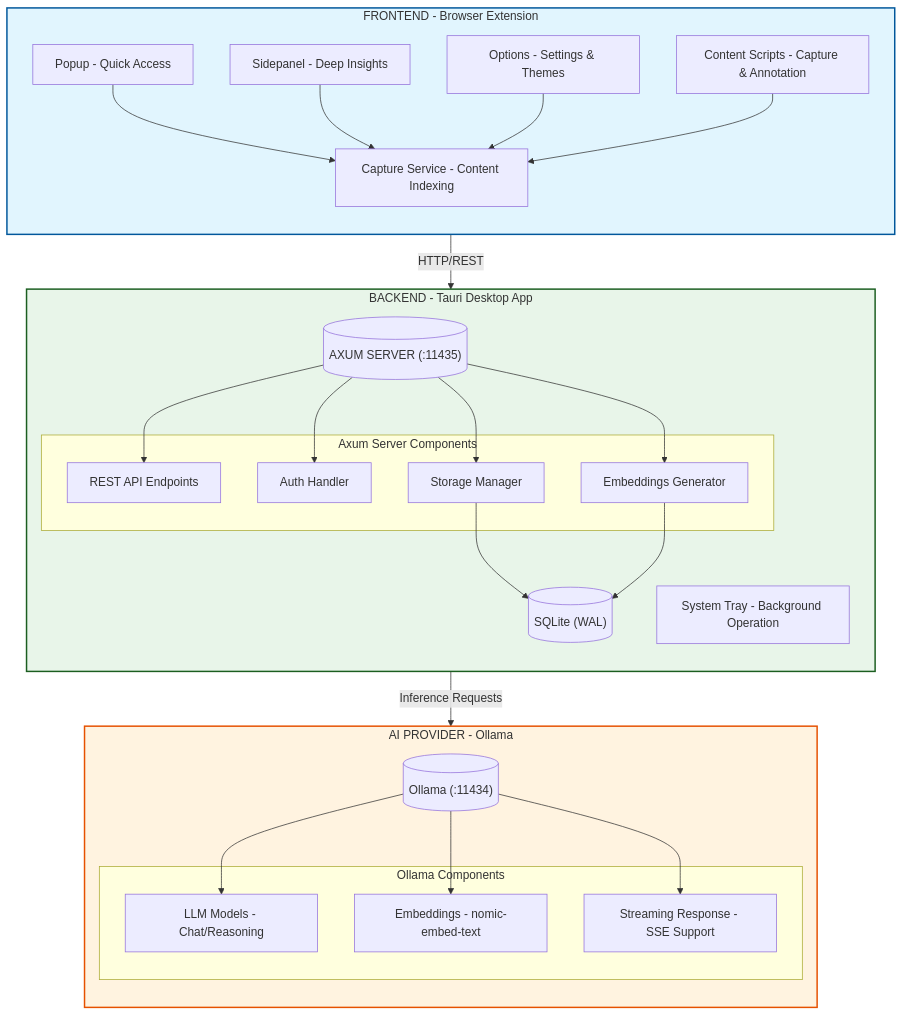
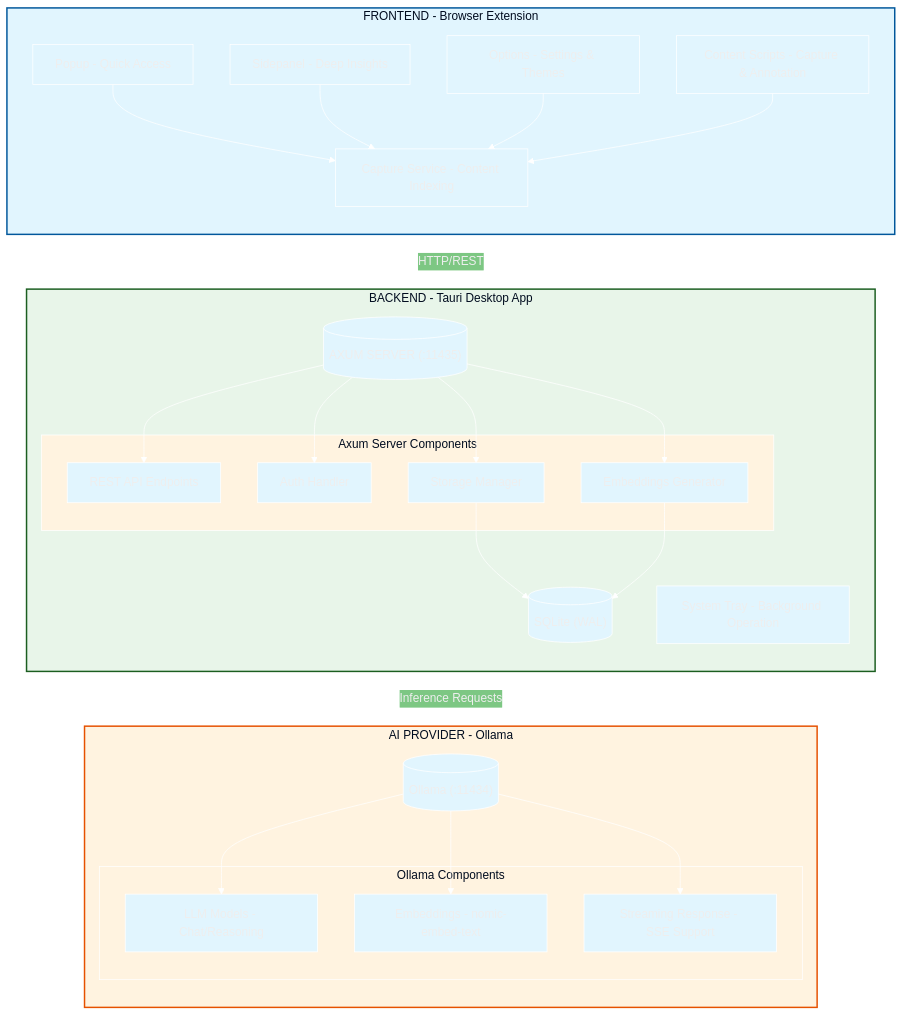
The diagram in README.md (Flaxmbot/Second-Brain), drawn with Mermaid before and after one commit. The commit also changed other lines of this file and 1 other file, not shown here.

````diff
--- a/README.md
+++ b/README.md
@@ -77,62 +77,63 @@
 ```mermaid
+%%{init: {'theme': 'base', 'themeVariables': { 'darkMode': true, 'background': 'transparent', 'primaryColor': '#e1f5fe', 'lineColor': '#ffffff', 'secondaryColor': '#e8f5e9', 'tertiaryColor': '#fff3e0'}}}%%
 flowchart TB
     subgraph Frontend["FRONTEND - Browser Extension"]
         direction TB
         popup[Popup - Quick Access]
         sidepanel[Sidepanel - Deep Insights]
         options[Options - Settings & Themes]
         content[Content Scripts - Capture & Annotation]
         capture[Capture Service - Content Indexing]
         
         popup --> capture
         sidepanel --> capture
         options --> capture
         content --> capture
     end
     
     Frontend -->|"HTTP/REST"| Backend["BACKEND - Tauri Desktop App"]
     
     subgraph Backend["BACKEND - Tauri Desktop App"]
         direction TB
         axum[("AXUM SERVER (:11435)")]
         
         subgraph Axum["Axum Server Components"]
             rest[REST API Endpoints]
             auth[Auth Handler]
             storage[Storage Manager]
             embeddings[Embeddings Generator]
         end
         
         axum --> rest
         axum --> auth
         axum --> storage
         axum --> embeddings
         
         tray[System Tray - Background Operation]
         db[("SQLite (WAL)")]
         
         storage --> db
         embeddings --> db
     end
     
     Backend -->|"Inference Requests"| Ollama["AI PROVIDER - Ollama"]
     
     subgraph Ollama["AI PROVIDER - Ollama"]
         direction TB
         ollama[("Ollama (:11434)")]
         
         subgraph OllamaComp["Ollama Components"]
             llm[LLM Models - Chat/Reasoning]
             emb[Embeddings - nomic-embed-text]
             stream[Streaming Response - SSE Support]
         end
         
         ollama --> llm
         ollama --> emb
         ollama --> stream
     end
     
     style Frontend fill:#e1f5fe,stroke:#01579b,stroke-width:2px
     style Backend fill:#e8f5e9,stroke:#1b5e20,stroke-width:2px
     style Ollama fill:#fff3e0,stroke:#e65100,stroke-width:2px
 ```
````
